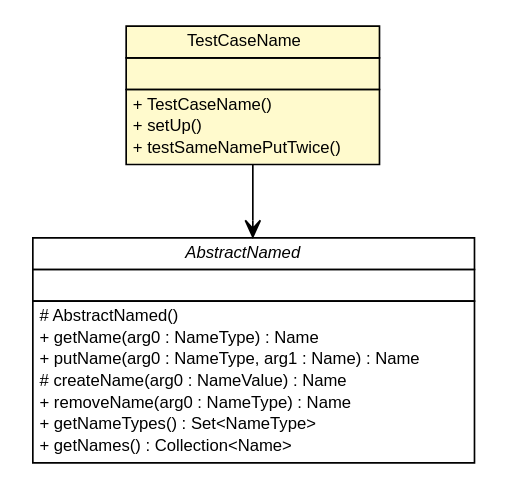
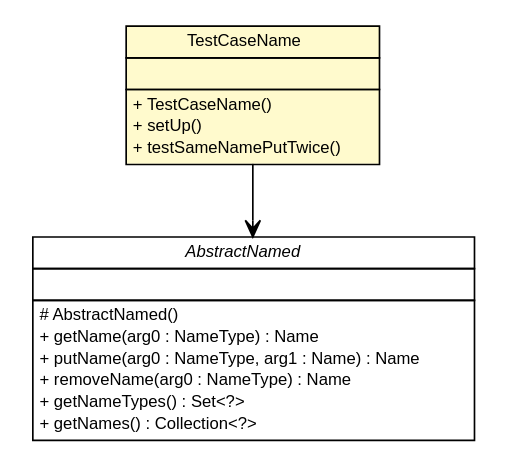
The diagram in testapidocs/com/edugility/nomen/TestCaseName.dot (ljnelson/nomen), drawn with Graphviz before and after one commit. The commit also changed 155 other files, not shown here.

```diff
--- a/testapidocs/com/edugility/nomen/TestCaseName.dot
+++ b/testapidocs/com/edugility/nomen/TestCaseName.dot
@@ -1,46 +1,45 @@
 #!/usr/local/bin/dot
 #
 # Class diagram 
 # Generated by UMLGraph version R5_6-24-gf6e263 (http://www.umlgraph.org/)
 #
 
 digraph G {
 	edge [fontname="Helvetica",fontsize=10,labelfontname="Helvetica",labelfontsize=10];
 	node [fontname="Helvetica",fontsize=10,shape=plaintext];
 	nodesep=0.25;
 	ranksep=0.5;
 	// com.edugility.nomen.TestCaseName
-	c10 [label=<<table title="com.edugility.nomen.TestCaseName" border="0" cellborder="1" cellspacing="0" cellpadding="2" port="p" bgcolor="lemonChiffon" href="./TestCaseName.html">
+	c13 [label=<<table title="com.edugility.nomen.TestCaseName" border="0" cellborder="1" cellspacing="0" cellpadding="2" port="p" bgcolor="lemonChiffon" href="./TestCaseName.html">
 		<tr><td><table border="0" cellspacing="0" cellpadding="1">
 <tr><td align="center" balign="center"> TestCaseName </td></tr>
 		</table></td></tr>
 		<tr><td><table border="0" cellspacing="0" cellpadding="1">
 <tr><td align="left" balign="left">  </td></tr>
 		</table></td></tr>
 		<tr><td><table border="0" cellspacing="0" cellpadding="1">
 <tr><td align="left" balign="left"> + TestCaseName() </td></tr>
 <tr><td align="left" balign="left"> + setUp() </td></tr>
 <tr><td align="left" balign="left"> + testSameNamePutTwice() </td></tr>
 		</table></td></tr>
 		</table>>, URL="./TestCaseName.html", fontname="Helvetica", fontcolor="black", fontsize=10.0];
 	// com.edugility.nomen.TestCaseName NAVASSOC com.edugility.nomen.AbstractNamed
-	c10:p -> c13:p [taillabel="", label="", headlabel="", fontname="Helvetica", fontcolor="black", fontsize=10.0, color="black", arrowhead=open];
+	c13:p -> c17:p [taillabel="", label="", headlabel="", fontname="Helvetica", fontcolor="black", fontsize=10.0, color="black", arrowhead=open];
 	// com.edugility.nomen.AbstractNamed
-	c13 [label=<<table title="com.edugility.nomen.AbstractNamed" border="0" cellborder="1" cellspacing="0" cellpadding="2" port="p">
+	c17 [label=<<table title="com.edugility.nomen.AbstractNamed" border="0" cellborder="1" cellspacing="0" cellpadding="2" port="p" href="http://java.sun.com/j2se/1.4.2/docs/api/com/edugility/nomen/AbstractNamed.html">
 		<tr><td><table border="0" cellspacing="0" cellpadding="1">
 <tr><td align="center" balign="center"><font face="Helvetica-Oblique"> AbstractNamed </font></td></tr>
 		</table></td></tr>
 		<tr><td><table border="0" cellspacing="0" cellpadding="1">
 <tr><td align="left" balign="left">  </td></tr>
 		</table></td></tr>
 		<tr><td><table border="0" cellspacing="0" cellpadding="1">
 <tr><td align="left" balign="left"> # AbstractNamed() </td></tr>
 <tr><td align="left" balign="left"> + getName(arg0 : NameType) : Name </td></tr>
 <tr><td align="left" balign="left"> + putName(arg0 : NameType, arg1 : Name) : Name </td></tr>
-<tr><td align="left" balign="left"> # createName(arg0 : NameValue) : Name </td></tr>
 <tr><td align="left" balign="left"> + removeName(arg0 : NameType) : Name </td></tr>
-<tr><td align="left" balign="left"> + getNameTypes() : Set&lt;NameType&gt; </td></tr>
-<tr><td align="left" balign="left"> + getNames() : Collection&lt;Name&gt; </td></tr>
+<tr><td align="left" balign="left"> + getNameTypes() : Set&lt;?&gt; </td></tr>
+<tr><td align="left" balign="left"> + getNames() : Collection&lt;?&gt; </td></tr>
 		</table></td></tr>
-		</table>>, URL="null", fontname="Helvetica", fontcolor="black", fontsize=10.0];
+		</table>>, URL="http://java.sun.com/j2se/1.4.2/docs/api/com/edugility/nomen/AbstractNamed.html", fontname="Helvetica", fontcolor="black", fontsize=10.0];
 }
```
